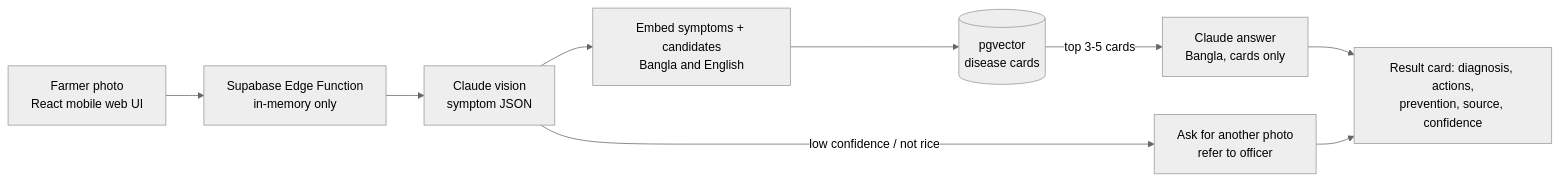
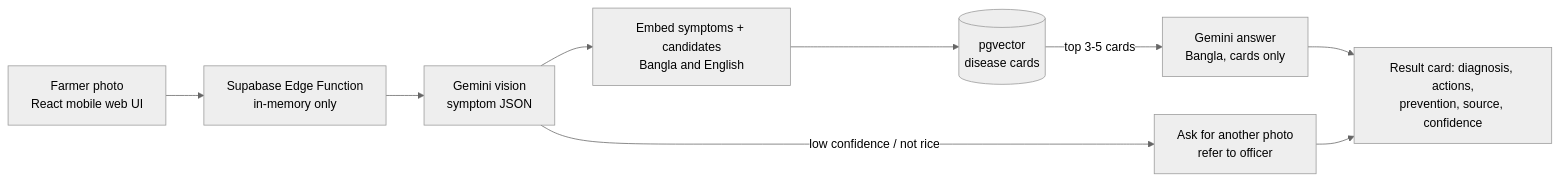
Before and after one commit to mahmudscode/Crop_Guardian: the diagram in docs/ARCHITECTURE.md, drawn with Mermaid (neutral theme). The commit also changed other lines of this file and 13 other files, not shown here.

Commit message:
Switch to Google Gemini free tier for vision, answers and embeddings

````diff
--- a/docs/ARCHITECTURE.md
+++ b/docs/ARCHITECTURE.md
@@ -5,11 +5,11 @@
 ```mermaid
 flowchart LR
     F[Farmer photo<br/>React mobile web UI] --> E[Supabase Edge Function<br/>in-memory only]
-    E --> V[Claude vision<br/>symptom JSON]
+    E --> V[Gemini vision<br/>symptom JSON]
     V --> Q[Embed symptoms + candidates<br/>Bangla and English]
     Q --> P[(pgvector<br/>disease cards)]
-    P -->|top 3-5 cards| A[Claude answer<br/>Bangla, cards only]
+    P -->|top 3-5 cards| A[Gemini answer<br/>Bangla, cards only]
     V -->|low confidence / not rice| R[Ask for another photo<br/>refer to officer]
     A --> U[Result card: diagnosis, actions,<br/>prevention, source, confidence]
     R --> U
 ```
````
